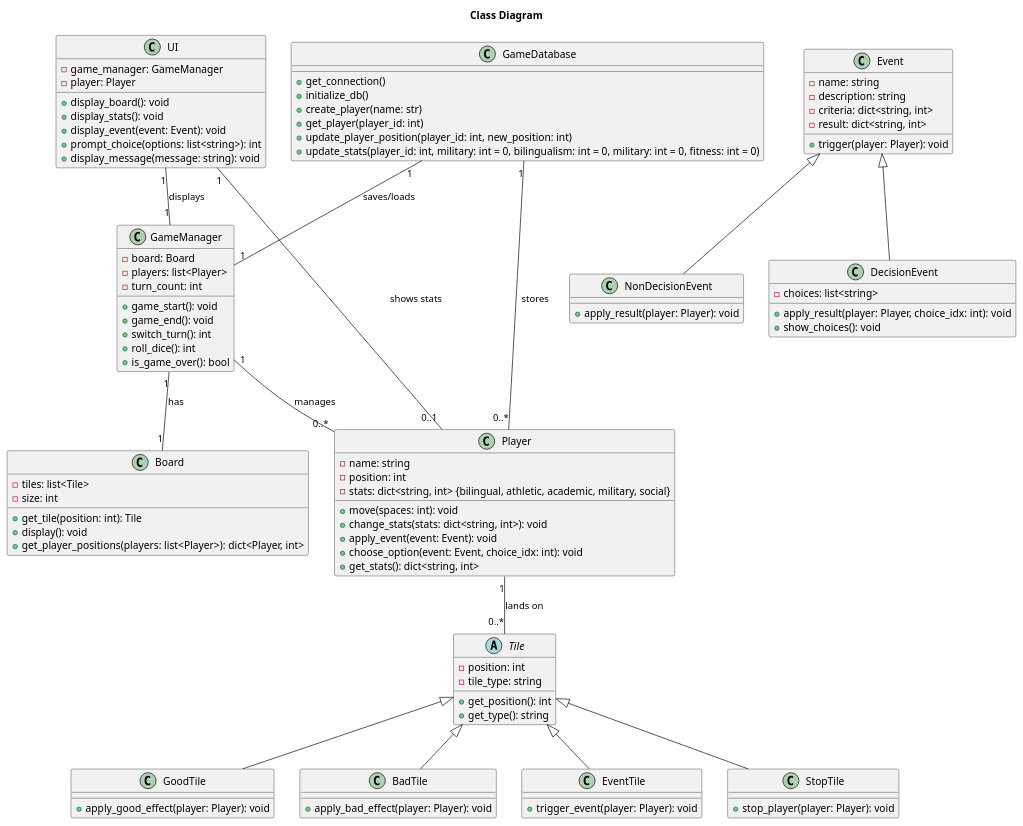
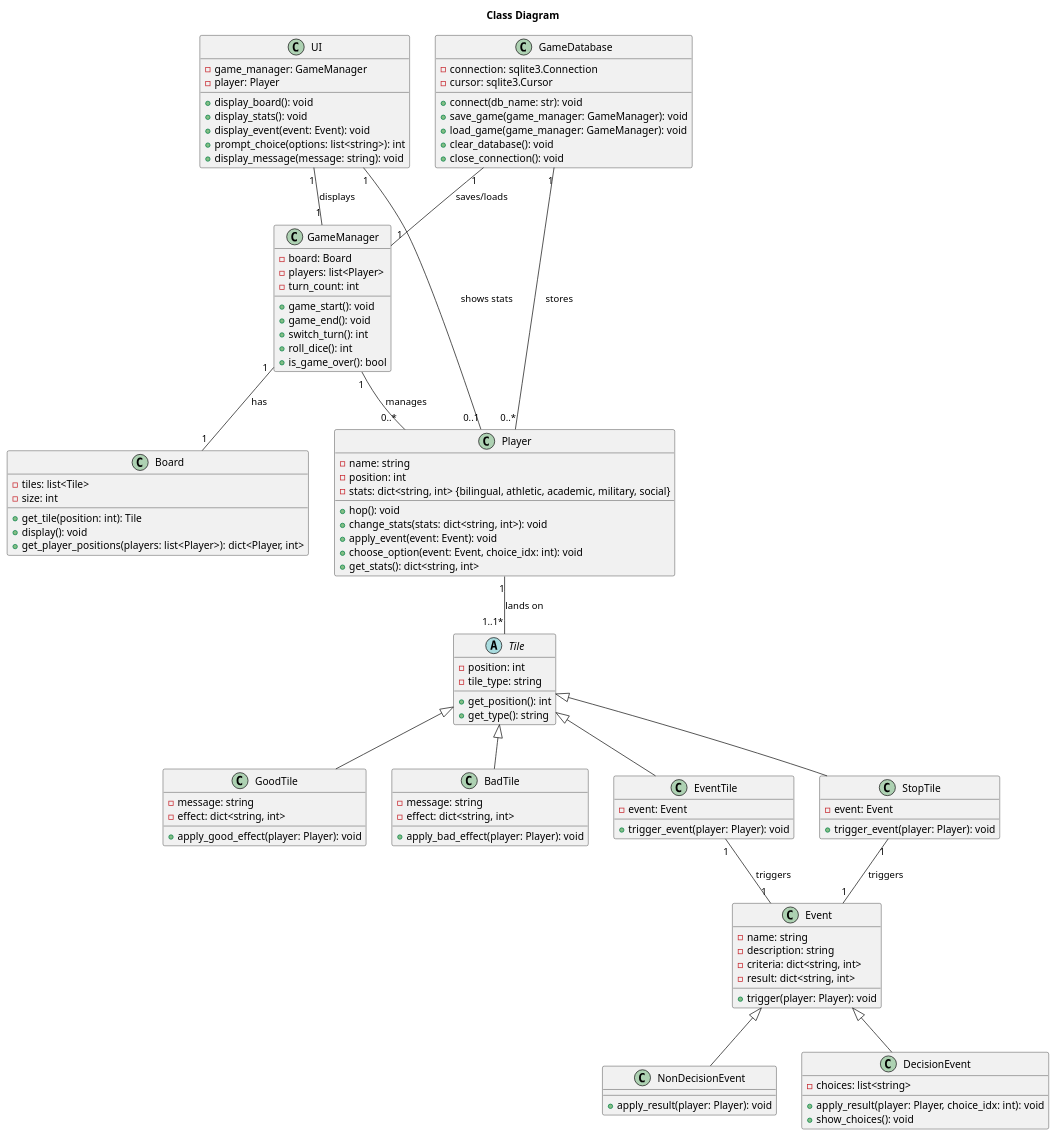
Before and after one commit to CSE-362-2025/BoardGameProject: the diagram in diagrams/class_diagram.puml, drawn with PlantUML. The commit also changed 11 other files, not shown here.

Commit message:
UML Class Diagram v1 complete with skeleton code

```diff
--- a/diagrams/class_diagram.puml
+++ b/diagrams/class_diagram.puml
@@ -1,134 +1,146 @@
 @startuml class_diagram
 title "Class Diagram"
 ' skinparam shadowing false
 ' skinparam classAttributeIconSize 0
 
 class GameDatabase {
-    + get_connection()
-    + initialize_db()
-    + create_player(name: str)
-    + get_player(player_id: int)
-    + update_player_position(player_id: int, new_position: int)
-    + update_stats(player_id: int, military: int = 0, bilingualism: int = 0, military: int = 0, fitness: int = 0)
+    
+    - connection: sqlite3.Connection
+    - cursor: sqlite3.Cursor
+
+    + connect(db_name: str): void
+    + save_game(game_manager: GameManager): void
+    + load_game(game_manager: GameManager): void
+    + clear_database(): void
+    + close_connection(): void
+
 }
 
 class Board {
 
     - tiles: list<Tile>
     - size: int
 
     + get_tile(position: int): Tile
     + display(): void
     + get_player_positions(players: list<Player>): dict<Player, int>
 }
 
 abstract class Tile {
 
     - position: int
     - tile_type: string
 
     + get_position(): int
     + get_type(): string
 }
 
 class GoodTile {
+    - message: string
+    - effect: dict<string, int>
 
     + apply_good_effect(player: Player): void
 }
 
 class BadTile {
+    - message: string
+    - effect: dict<string, int>
 
     + apply_bad_effect(player: Player): void
 }
 
 class EventTile {
+    - event: Event
 
     + trigger_event(player: Player): void
 }
 
 class StopTile {
+    - event: Event
 
-    + stop_player(player: Player): void
+    + trigger_event(player: Player): void
 }
 
 class Player {
 
     - name: string
     - position: int
     - stats: dict<string, int> {bilingual, athletic, academic, military, social}
 
-    + move(spaces: int): void
+    + hop(): void
     + change_stats(stats: dict<string, int>): void
     + apply_event(event: Event): void
     + choose_option(event: Event, choice_idx: int): void
     + get_stats(): dict<string, int>
 
 }
 
 class Event {
 
     - name: string
     - description: string
     - criteria: dict<string, int>
     - result: dict<string, int>
 
     + trigger(player: Player): void
 }
 
 class NonDecisionEvent {
 
     + apply_result(player: Player): void
 }
 
 class DecisionEvent {
     - choices: list<string>
 
     + apply_result(player: Player, choice_idx: int): void
     + show_choices(): void
 }
 
 
 class GameManager {
 
     - board: Board
     - players: list<Player>
     - turn_count: int
 
     + game_start(): void
     + game_end(): void
     + switch_turn(): int
     + roll_dice(): int
     + is_game_over(): bool
 }
 
 class UI {
 
     - game_manager: GameManager
     - player: Player
 
     + display_board(): void
     + display_stats(): void
     + display_event(event: Event): void
     + prompt_choice(options: list<string>): int
     + display_message(message: string): void
 }
 
 
 ' Relationships
 
-Player "1" -- "0..*" Tile : "lands on"
+Player "1" -- "1..1*" Tile : "lands on"
 GameDatabase "1" -- "0..*" Player : "stores"
 GameDatabase "1" -- "1" GameManager : "saves/loads"
 GameManager "1" -- "0..*" Player : "manages"
 GameManager "1" -- "1" Board : "has"
 UI "1" -- "1" GameManager : "displays"
 UI "1" -- "0..1" Player : "shows stats"
+EventTile "1" -- "1" Event : "triggers"
+StopTile "1" -- "1" Event : "triggers"
 Tile <|-- GoodTile
 Tile <|-- BadTile
 Tile <|-- EventTile
 Tile <|-- StopTile
 Event <|-- NonDecisionEvent
 Event <|-- DecisionEvent
 
 
 @enduml
```
